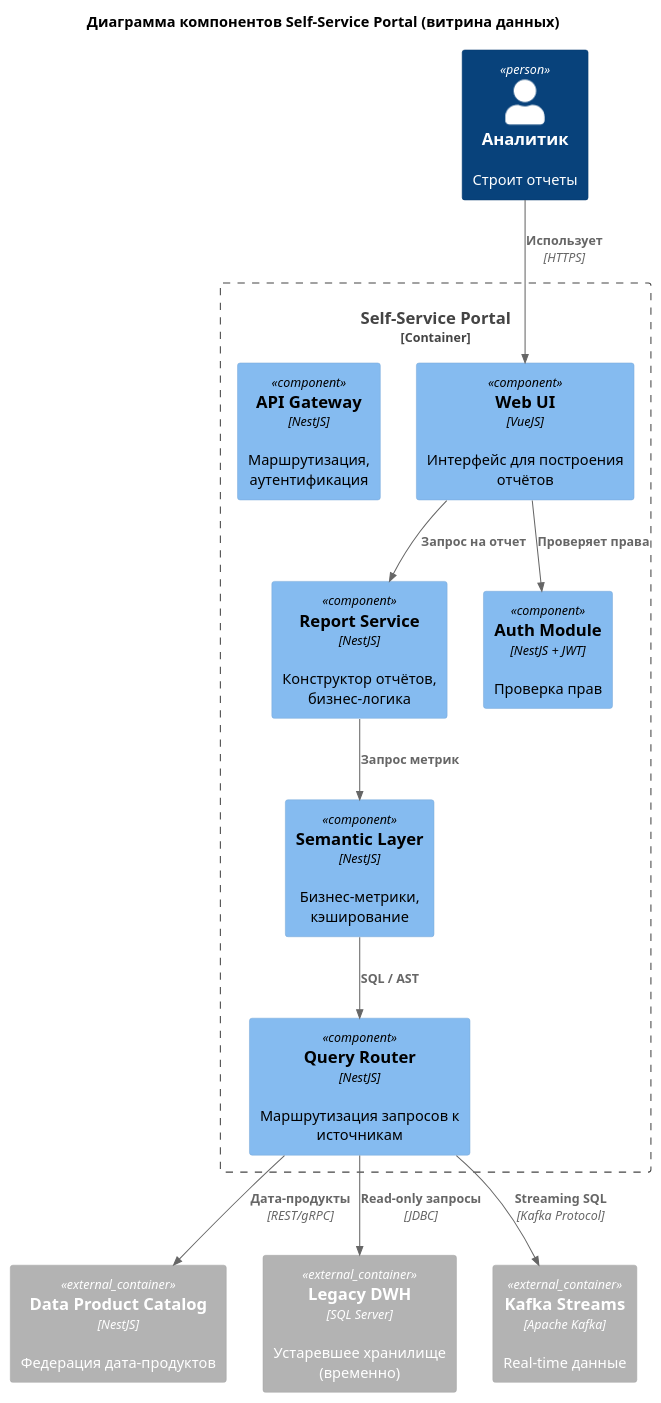
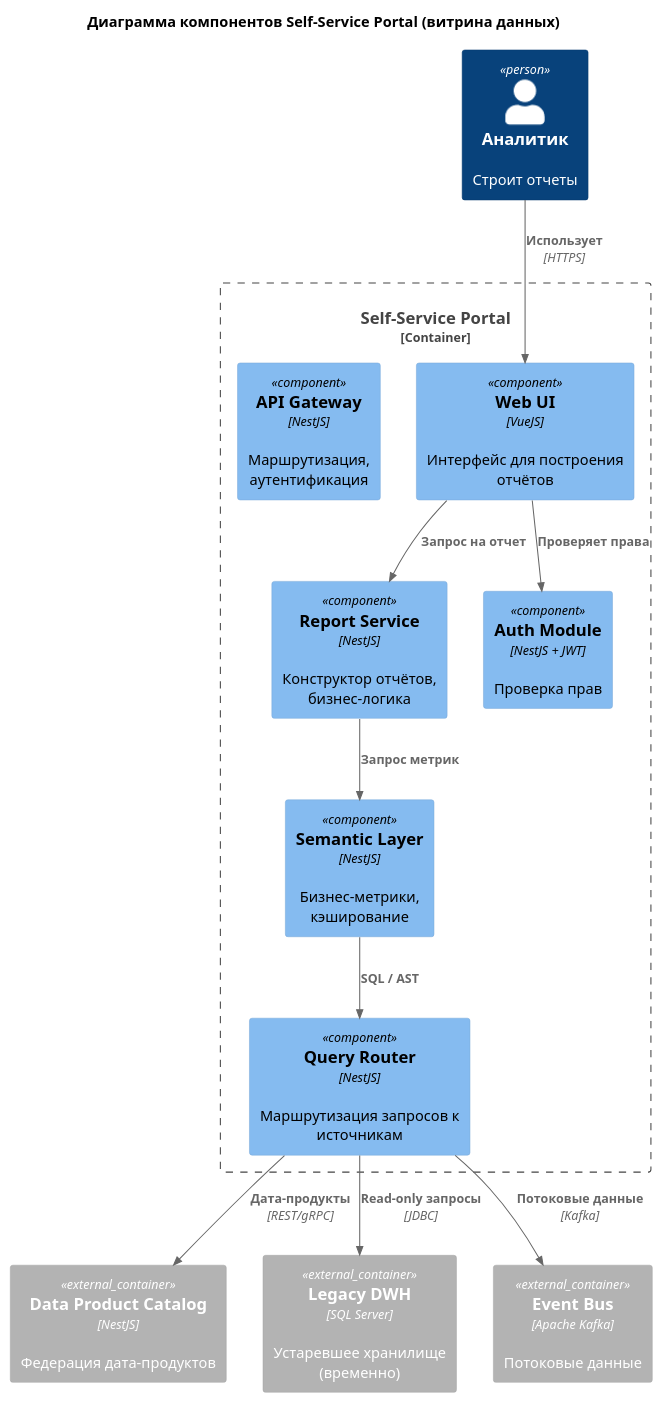
One commit to mirina47/architecture-pro-future_2_0 changed the diagram in Task3Advanced/C4_Component_SelfServicePortal.puml. Above: the diagram before and after it, drawn with PlantUML. The commit also changed 3 other files, not shown here.

```diff
--- a/Task3Advanced/C4_Component_SelfServicePortal.puml
+++ b/Task3Advanced/C4_Component_SelfServicePortal.puml
@@ -1,30 +1,30 @@
 @startuml C4_Component_SelfServicePortal
 !include https://raw.githubusercontent.com/plantuml-stdlib/C4-PlantUML/master/C4_Component.puml
 
 title Диаграмма компонентов Self‑Service Portal (витрина данных)
 
 Person(analyst, "Аналитик", "Строит отчеты")
 
 Container_Boundary(ssp, "Self‑Service Portal") {
     Component(web_ui, "Web UI", "VueJS", "Интерфейс для построения отчётов")
     Component(api_gateway, "API Gateway", "NestJS", "Маршрутизация, аутентификация")
     Component(report_service, "Report Service", "NestJS", "Конструктор отчётов, бизнес-логика")
     Component(semantic_layer, "Semantic Layer", "NestJS", "Бизнес-метрики, кэширование")
     Component(query_router, "Query Router", "NestJS", "Маршрутизация запросов к источникам")
     Component(auth, "Auth Module", "NestJS + JWT", "Проверка прав")
 }
 
 Container_Ext(data_catalog, "Data Product Catalog", "NestJS", "Федерация дата-продуктов")
 Container_Ext(legacy_dwh, "Legacy DWH", "SQL Server", "Устаревшее хранилище (временно)")
-Container_Ext(kafka, "Kafka Streams", "Apache Kafka", "Real-time данные")
+Container_Ext(event_bus, "Event Bus", "Apache Kafka", "Потоковые данные")
 
 Rel(analyst, web_ui, "Использует", "HTTPS")
 Rel(web_ui, auth, "Проверяет права")
 Rel(web_ui, report_service, "Запрос на отчет")
 Rel(report_service, semantic_layer, "Запрос метрик")
 Rel(semantic_layer, query_router, "SQL / AST")
 Rel(query_router, data_catalog, "Дата-продукты", "REST/gRPC")
 Rel(query_router, legacy_dwh, "Read-only запросы", "JDBC")
-Rel(query_router, kafka, "Streaming SQL", "Kafka Protocol")
+Rel(query_router, event_bus, "Потоковые данные", "Kafka")
 
 @enduml
```
